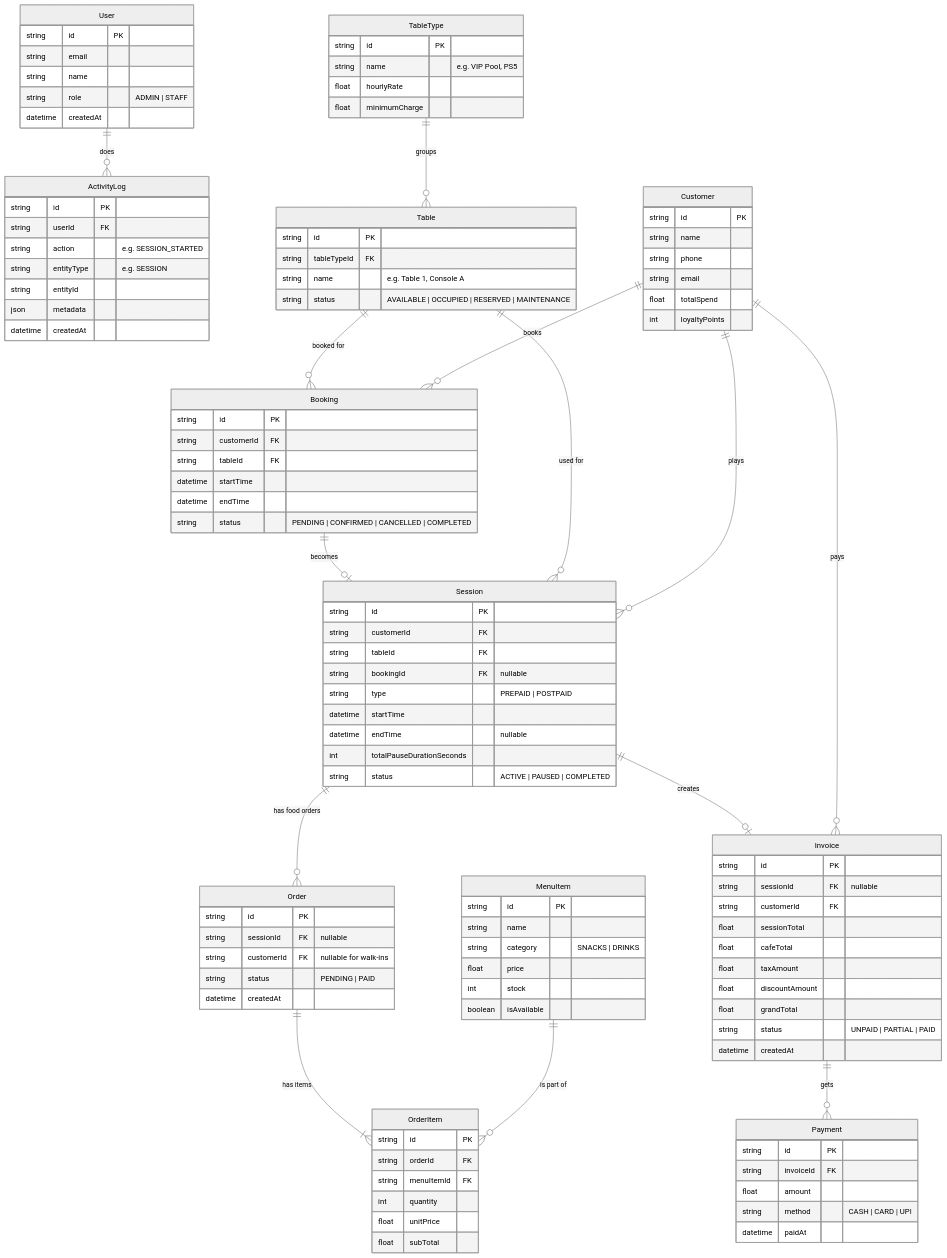
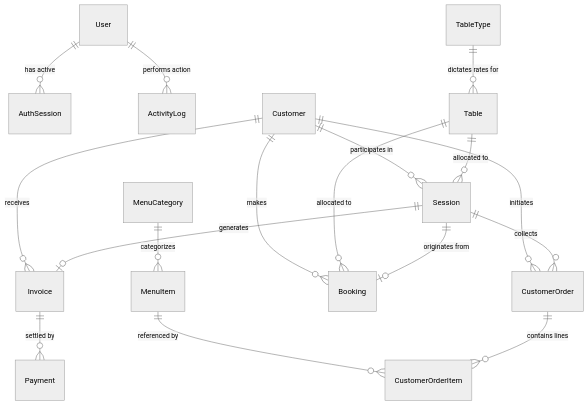
The diagram in docs/ER_DIAGRAM.md (ankitpandey1900/03_Cue_Junction_freelance), drawn with Mermaid (neutral theme) before and after one commit. The commit also changed other lines of this file and 98 other files, not shown here.

````diff
--- a/docs/ER_DIAGRAM.md
+++ b/docs/ER_DIAGRAM.md
@@ -5,124 +6,24 @@
 ```mermaid
 erDiagram
-    User ||--o{ ActivityLog : "does"
-    User {
-        string id PK
-        string email
-        string name
-        string role "ADMIN | STAFF"
-        datetime createdAt
-    }
+    User ||--o{ AuthSession : "has active"
+    User ||--o{ ActivityLog : "performs action"
 
-    Customer ||--o{ Booking : "books"
-    Customer ||--o{ Session : "plays"
-    Customer ||--o{ Invoice : "pays"
-    Customer {
-        string id PK
-        string name
-        string phone
-        string email
-        float totalSpend
-        int loyaltyPoints
-    }
+    Customer ||--o{ Session : "participates in"
+    Customer ||--o{ CustomerOrder : "initiates"
+    Customer ||--o{ Invoice : "receives"
+    Customer ||--o{ Booking : "makes"
 
-    TableType ||--o{ Table : "groups"
-    TableType {
-        string id PK
-        string name "e.g. VIP Pool, PS5"
-        float hourlyRate
-        float minimumCharge
-    }
+    TableType ||--o{ Table : "dictates rates for"
+    Table ||--o{ Session : "allocated to"
+    Table ||--o{ Booking : "allocated to"
 
-    Table ||--o{ Booking : "booked for"
-    Table ||--o{ Session : "used for"
-    Table {
-        string id PK
-        string tableTypeId FK
-        string name "e.g. Table 1, Console A"
-        string status "AVAILABLE | OCCUPIED | RESERVED | MAINTENANCE"
-    }
+    Session ||--o| Booking : "originates from"
+    Session ||--o| Invoice : "generates"
+    Session ||--o{ CustomerOrder : "collects"
 
-    Booking ||--o| Session : "becomes"
-    Booking {
-        string id PK
-        string customerId FK
-        string tableId FK
-        datetime startTime
-        datetime endTime
-        string status "PENDING | CONFIRMED | CANCELLED | COMPLETED"
-    }
+    MenuCategory ||--o{ MenuItem : "categorizes"
+    MenuItem ||--o{ CustomerOrderItem : "referenced by"
+    CustomerOrder ||--o{ CustomerOrderItem : "contains lines"
 
-    Session ||--o{ Order : "has food orders"
-    Session ||--o| Invoice : "creates"
-    Session {
-        string id PK
-        string customerId FK
-        string tableId FK
-        string bookingId FK "nullable"
-        string type "PREPAID | POSTPAID"
-        datetime startTime
-        datetime endTime "nullable"
-        int totalPauseDurationSeconds
-        string status "ACTIVE | PAUSED | COMPLETED"
-    }
-
-    MenuItem ||--o{ OrderItem : "is part of"
-    MenuItem {
-        string id PK
-        string name
-        string category "SNACKS | DRINKS"
-        float price
-        int stock
-        boolean isAvailable
-    }
-
-    Order ||--|{ OrderItem : "has items"
-    Order {
-        string id PK
-        string sessionId FK "nullable"
-        string customerId FK "nullable for walk-ins"
-        string status "PENDING | PAID"
-        datetime createdAt
-    }
-
-    OrderItem {
-        string id PK
-        string orderId FK
-        string menuItemId FK
-        int quantity
-        float unitPrice
-        float subTotal
-    }
-
-    Invoice ||--o{ Payment : "gets"
-    Invoice {
-        string id PK
-        string sessionId FK "nullable"
-        string customerId FK
-        float sessionTotal
-        float cafeTotal
-        float taxAmount
-        float discountAmount
-        float grandTotal
-        string status "UNPAID | PARTIAL | PAID"
-        datetime createdAt
-    }
-
-    Payment {
-        string id PK
-        string invoiceId FK
-        float amount
-        string method "CASH | CARD | UPI"
-        datetime paidAt
-    }
-
-    ActivityLog {
-        string id PK
-        string userId FK
-        string action "e.g. SESSION_STARTED"
-        string entityType "e.g. SESSION"
-        string entityId
-        json metadata
-        datetime createdAt
-    }
+    Invoice ||--o{ Payment : "settled by"
 ```
````
